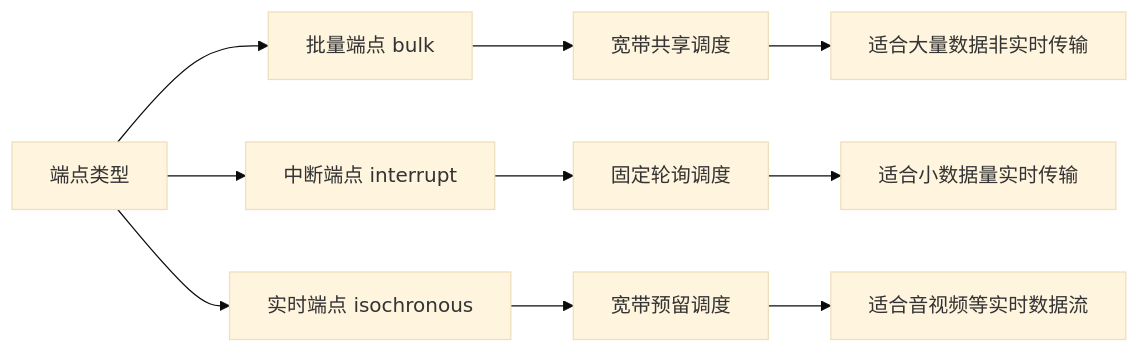
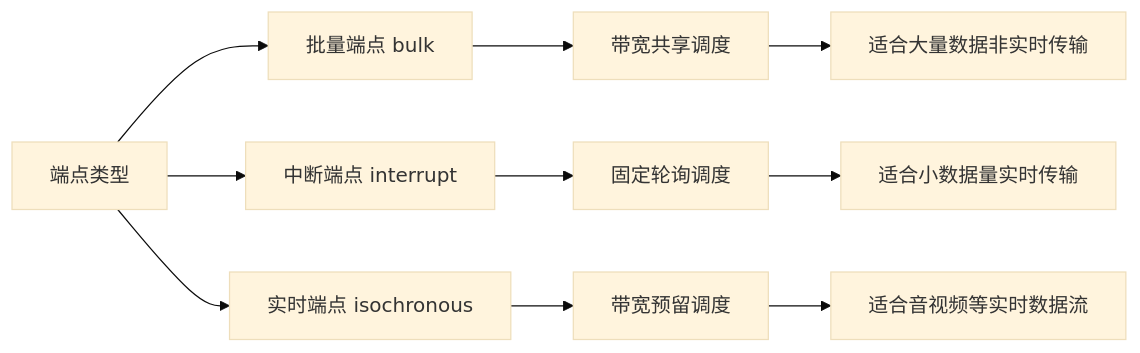
One commit to openharmony-rs/openharmony-docs changed the second of 2 diagrams in zh-cn/application-dev/reference/apis-basic-services-kit/js-apis-usbManager.md. Above: the diagram before and after it, drawn with Mermaid (base theme). The commit also changed other lines of this file, not shown here.

````diff
--- a/zh-cn/application-dev/reference/apis-basic-services-kit/js-apis-usbManager.md
+++ b/zh-cn/application-dev/reference/apis-basic-services-kit/js-apis-usbManager.md
@@ -1591,12 +1591,12 @@
 ```mermaid
 graph LR
     A[端点类型] --> B[批量端点 bulk]
     A --> C[中断端点 interrupt]
     A --> D[实时端点 isochronous]
-    B --> B1[宽带共享调度]
+    B --> B1[带宽共享调度]
     B1 --> B2[适合大量数据非实时传输]
     C --> C1[固定轮询调度]
     C1 --> C2[适合小数据量实时传输]
-    D --> D1[宽带预留调度]
+    D --> D1[带宽预留调度]
     D1 --> D2[适合音视频等实时数据流]
 ```
````
